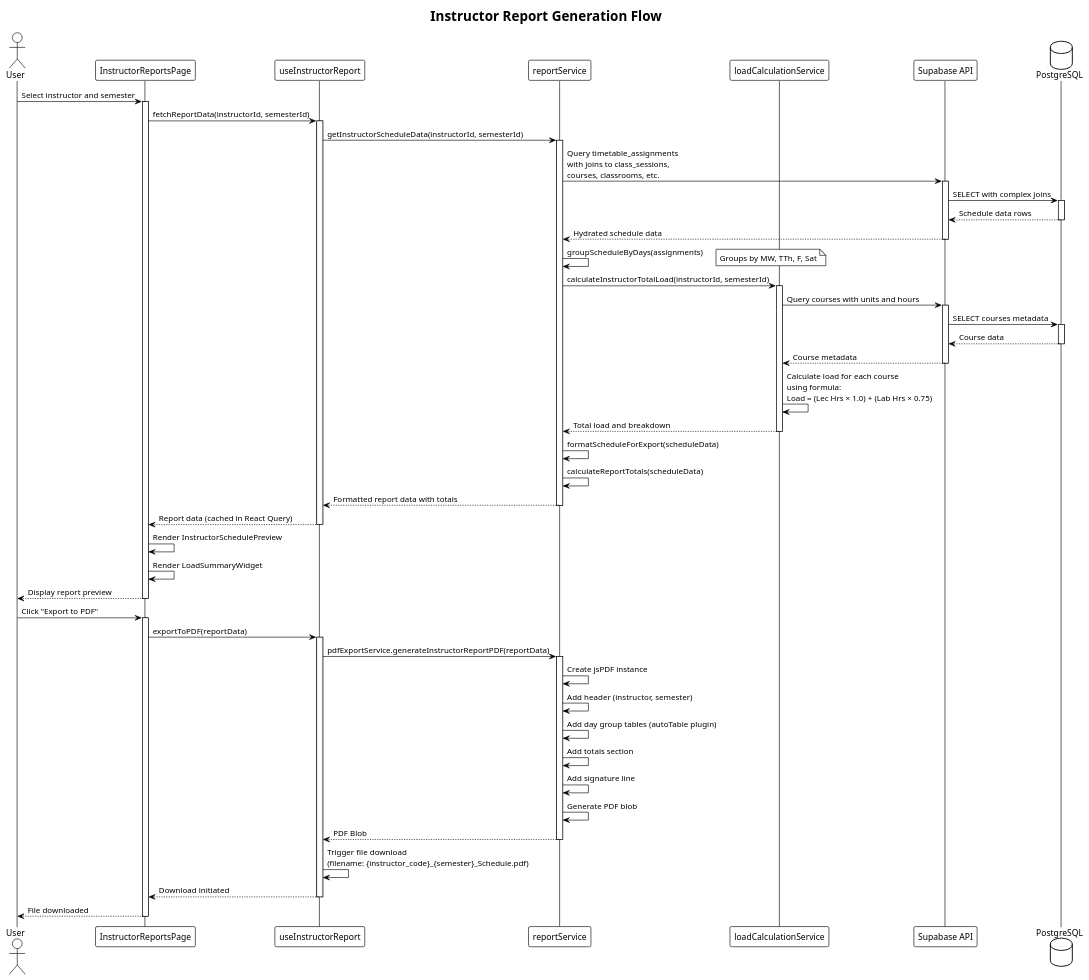
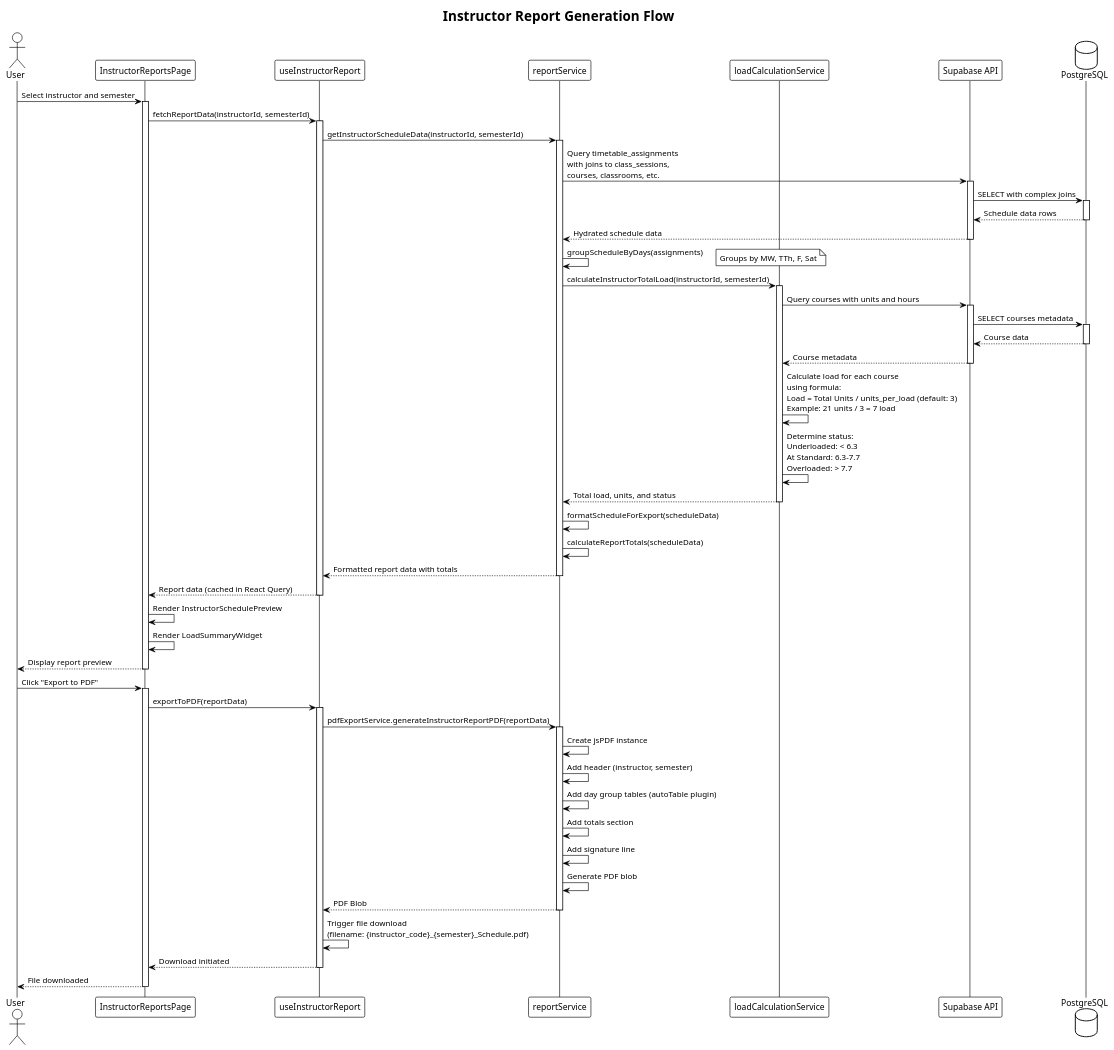
The fourth of 7 diagrams in docs/c4-diagrams/instructor-reports-system.puml (Wence024/ClassFlow), drawn with PlantUML before and after one commit. The commit also changed other lines of this file and 1 other file, not shown here.

Commit message:
feat: Adjust instructor load calculation

```diff
--- a/docs/c4-diagrams/instructor-reports-system.puml
+++ b/docs/c4-diagrams/instructor-reports-system.puml
@@ -108,92 +114,93 @@
 @startuml Instructor Report Generation - Sequence Diagram
 !theme plain
 title Instructor Report Generation Flow
 
 actor User
 participant "InstructorReportsPage" as Page
 participant "useInstructorReport" as Hook
 participant "reportService" as Service
 participant "loadCalculationService" as LoadCalc
 participant "Supabase API" as API
 database "PostgreSQL" as DB
 
 User -> Page: Select instructor and semester
 activate Page
 
 Page -> Hook: fetchReportData(instructorId, semesterId)
 activate Hook
 
 Hook -> Service: getInstructorScheduleData(instructorId, semesterId)
 activate Service
 
 Service -> API: Query timetable_assignments\nwith joins to class_sessions,\ncourses, classrooms, etc.
 activate API
 API -> DB: SELECT with complex joins
 activate DB
 DB --> API: Schedule data rows
 deactivate DB
 API --> Service: Hydrated schedule data
 deactivate API
 
 Service -> Service: groupScheduleByDays(assignments)
 note right: Groups by MW, TTh, F, Sat
 
 Service -> LoadCalc: calculateInstructorTotalLoad(instructorId, semesterId)
 activate LoadCalc
 
 LoadCalc -> API: Query courses with units and hours
 activate API
 API -> DB: SELECT courses metadata
 activate DB
 DB --> API: Course data
 deactivate DB
 API --> LoadCalc: Course metadata
 deactivate API
 
-LoadCalc -> LoadCalc: Calculate load for each course\nusing formula:\nLoad = (Lec Hrs × 1.0) + (Lab Hrs × 0.75)
-LoadCalc --> Service: Total load and breakdown
+LoadCalc -> LoadCalc: Calculate load for each course\nusing formula:\nLoad = Total Units / units_per_load (default: 3)\nExample: 21 units / 3 = 7 load
+LoadCalc -> LoadCalc: Determine status:\nUnderloaded: < 6.3\nAt Standard: 6.3-7.7\nOverloaded: > 7.7
+LoadCalc --> Service: Total load, units, and status
 deactivate LoadCalc
 
 Service -> Service: formatScheduleForExport(scheduleData)
 Service -> Service: calculateReportTotals(scheduleData)
 
 Service --> Hook: Formatted report data with totals
 deactivate Service
 
 Hook --> Page: Report data (cached in React Query)
 deactivate Hook
 
 Page -> Page: Render InstructorSchedulePreview
 Page -> Page: Render LoadSummaryWidget
 
 Page --> User: Display report preview
 deactivate Page
 
 User -> Page: Click "Export to PDF"
 activate Page
 
 Page -> Hook: exportToPDF(reportData)
 activate Hook
 
 Hook -> Service: pdfExportService.generateInstructorReportPDF(reportData)
 activate Service
 
 Service -> Service: Create jsPDF instance
 Service -> Service: Add header (instructor, semester)
 Service -> Service: Add day group tables (autoTable plugin)
 Service -> Service: Add totals section
 Service -> Service: Add signature line
 Service -> Service: Generate PDF blob
 
 Service --> Hook: PDF Blob
 deactivate Service
 
 Hook -> Hook: Trigger file download\n(filename: {instructor_code}_{semester}_Schedule.pdf)
 
 Hook --> Page: Download initiated
 deactivate Hook
 
 Page --> User: File downloaded
 deactivate Page
 
 @enduml
```
